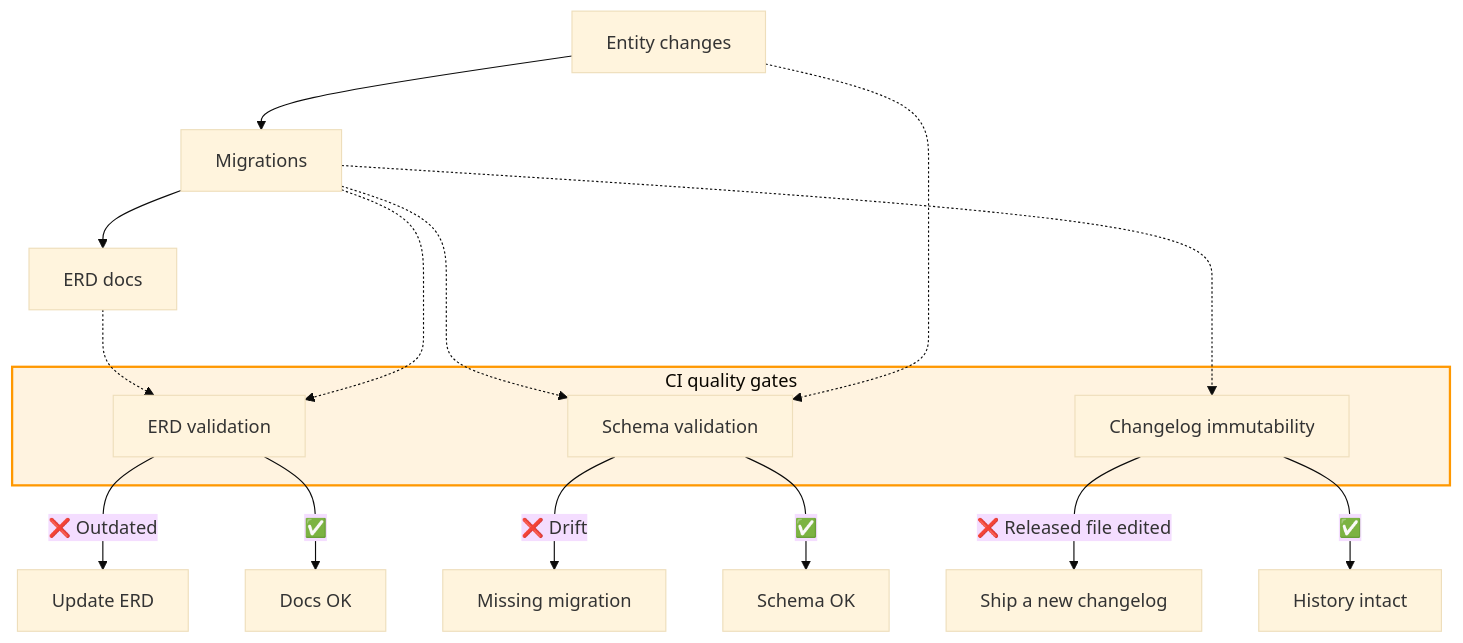
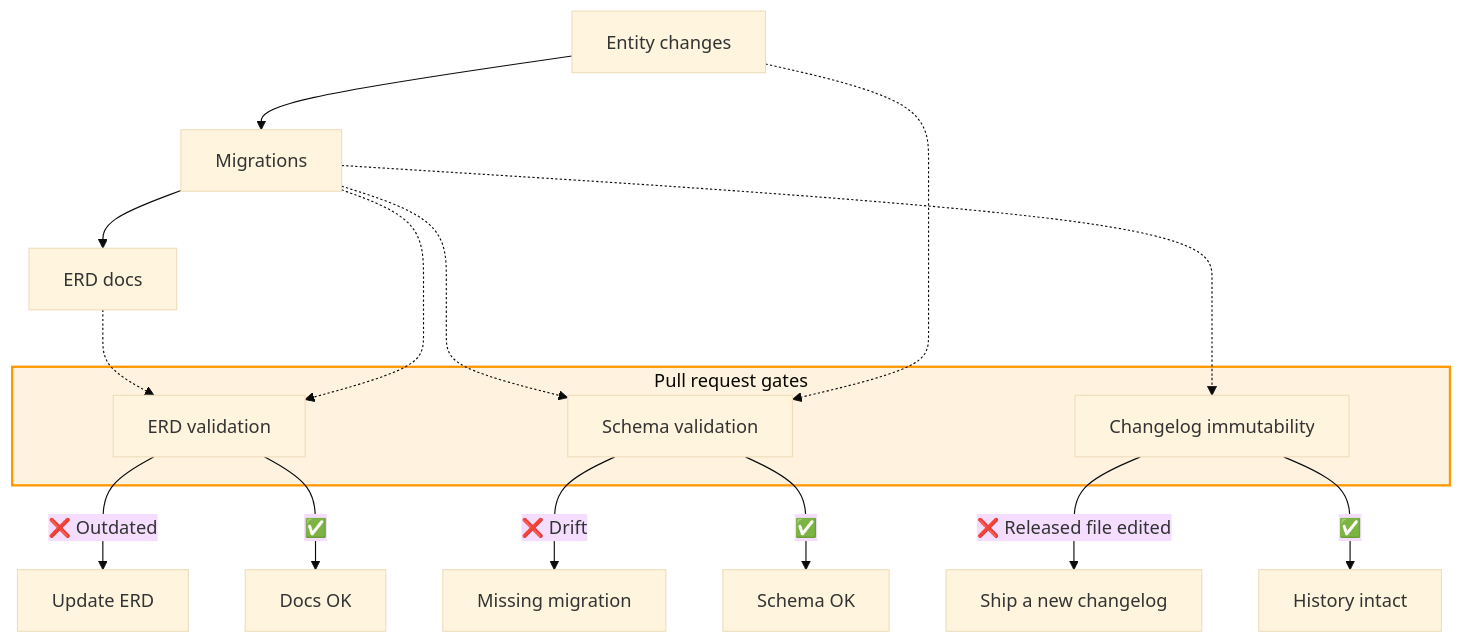
One commit to ls1intum/Hephaestus changed the diagram in docs/contributor/database-migration.mdx. Above: the diagram before and after it, drawn with Mermaid (base theme). The commit also changed other lines of this file and 6 other files, not shown here.

````diff
--- a/docs/contributor/database-migration.mdx
+++ b/docs/contributor/database-migration.mdx
@@ -142,28 +149,28 @@
 ```mermaid
 flowchart TD
     accTitle: Database schema change workflow
     accDescr: Entity changes produce a migration, which updates generated schema documentation and is checked in continuous integration.
     A[Entity changes] --> B[Migrations]
     B --> C[ERD docs]
 
-    subgraph CI [CI quality gates]
+    subgraph CI [Pull request gates]
         D[Schema validation]
         E[ERD validation]
         F[Changelog immutability]
     end
 
     A -.-> D
     B -.-> D
     B -.-> E
     C -.-> E
     B -.-> F
 
     D -->|❌ Drift| G[Missing migration]
     D -->|✅| H[Schema OK]
     E -->|❌ Outdated| I[Update ERD]
     E -->|✅| J[Docs OK]
     F -->|❌ Released file edited| K[Ship a new changelog]
     F -->|✅| L[History intact]
 
     style CI fill:#fff3e0,stroke:#ff9800,stroke-width:2px
 ```
````
